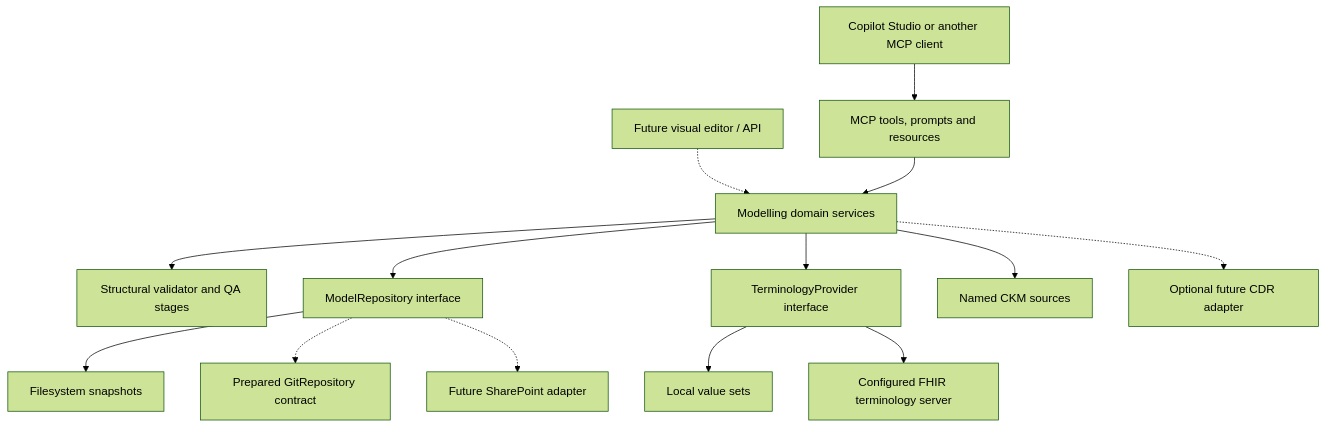
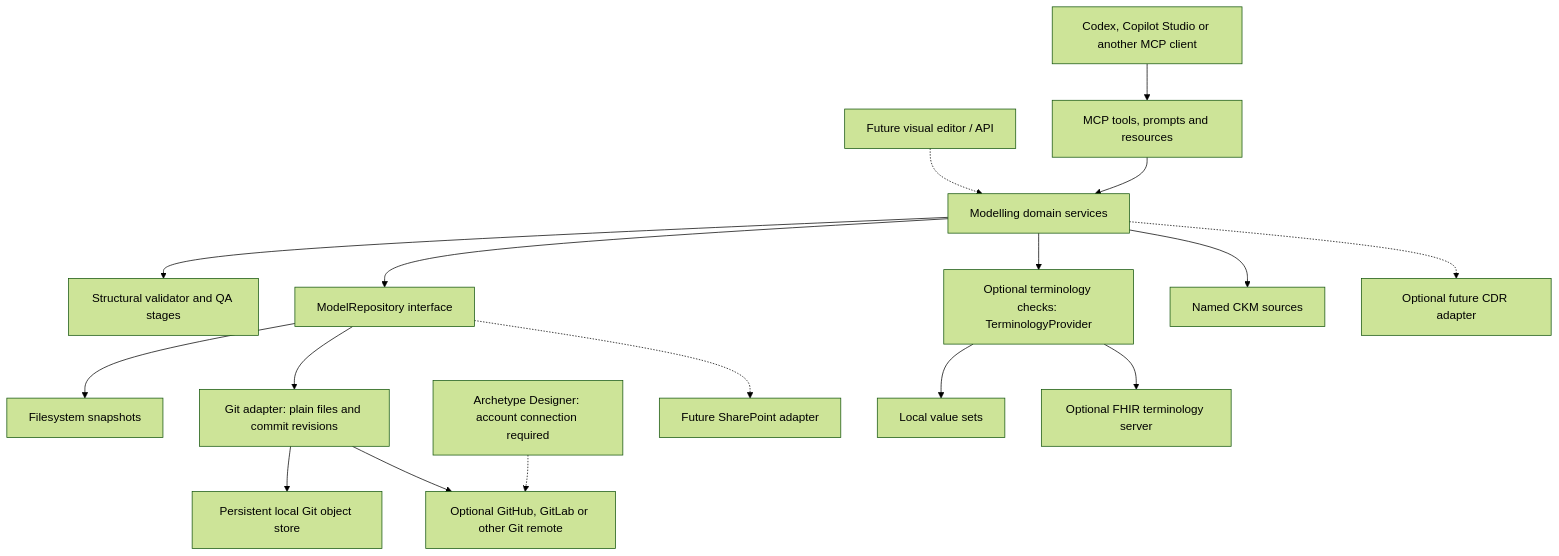
The diagram in docs/ARCHITECTURE.md (CzarMich/openehr-modelling-assistant), drawn with Mermaid (forest theme) before and after one commit. The commit also changed other lines of this file and 37 other files, not shown here.

Commit message:
feat(repository): add Git storage and authenticated Codex development setup

````diff
--- a/docs/ARCHITECTURE.md
+++ b/docs/ARCHITECTURE.md
@@ -5,16 +5,19 @@
 ```mermaid
 flowchart TB
-    AI[Copilot Studio or another MCP client] --> MCP[MCP tools, prompts and resources]
+    AI[Codex, Copilot Studio or another MCP client] --> MCP[MCP tools, prompts and resources]
     UI[Future visual editor / API] -.-> Core[Modelling domain services]
     MCP --> Core
     Core --> Validation[Structural validator and QA stages]
     Core --> Repository[ModelRepository interface]
     Repository --> FS[Filesystem snapshots]
-    Repository -.-> Git[Prepared GitRepository contract]
+    Repository --> Git[Git adapter: plain files and commit revisions]
+    Git --> Cache[Persistent local Git object store]
+    Git --> Remote[Optional GitHub, GitLab or other Git remote]
+    Designer[Archetype Designer: account connection required] -.-> Remote
     Repository -.-> SP[Future SharePoint adapter]
-    Core --> Terms[TerminologyProvider interface]
+    Core --> Terms[Optional terminology checks: TerminologyProvider]
     Terms --> Local[Local value sets]
-    Terms --> FHIR[Configured FHIR terminology server]
+    Terms --> FHIR[Optional FHIR terminology server]
     Core --> CKM[Named CKM sources]
     Core -.-> CDR[Optional future CDR adapter]
 ```
````
